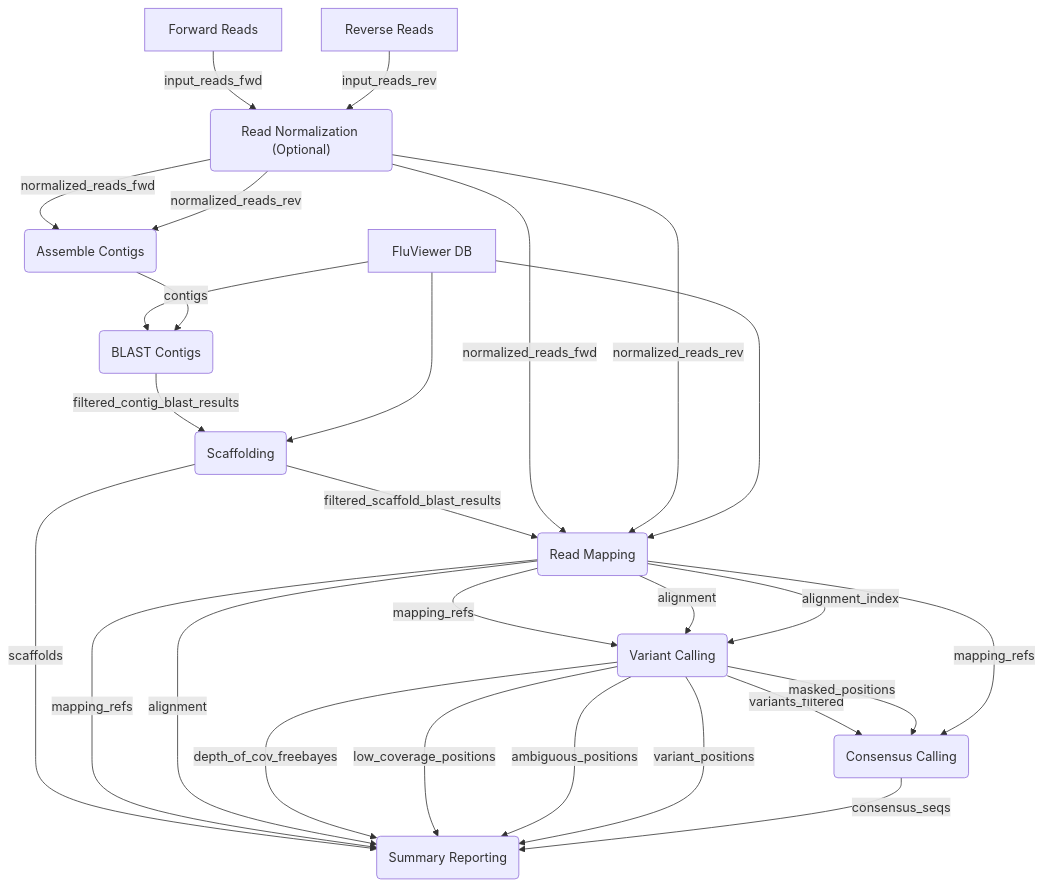
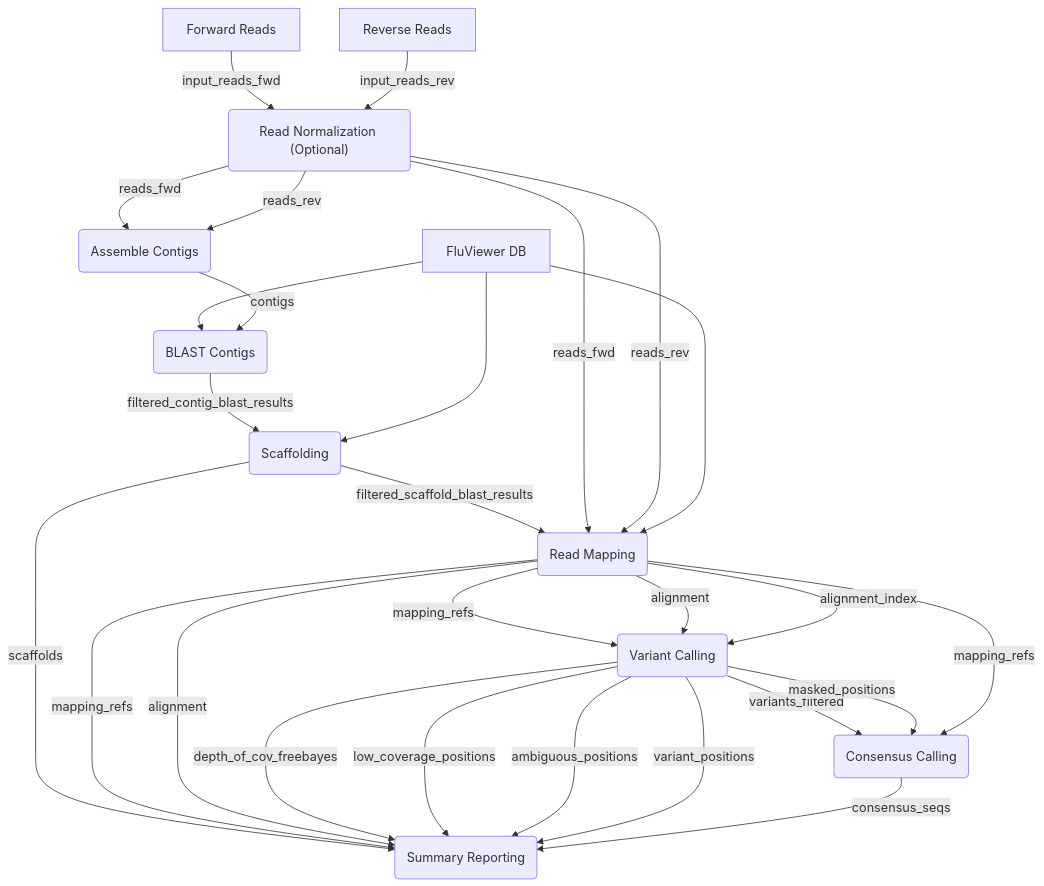
One commit to BCCDC-PHL/FluViewer changed the diagram in README.md. Above: the diagram before and after it, drawn with Mermaid.

Commit message:
update workflow diagram

````diff
--- a/README.md
+++ b/README.md
@@ -55,29 +55,29 @@
 ```mermaid
 flowchart TD
   forward_reads[Forward Reads] -- input_reads_fwd --> normalization("Read Normalization (Optional)")
   reverse_reads[Reverse Reads] -- input_reads_rev --> normalization
-  normalization -- normalized_reads_fwd --> assemble_contigs(Assemble Contigs)
-  normalization -- normalized_reads_rev --> assemble_contigs
+  normalization -- reads_fwd --> assemble_contigs(Assemble Contigs)
+  normalization -- reads_rev --> assemble_contigs
   fluviewer_db[FluViewer DB] --> blast_contigs(BLAST Contigs)
   assemble_contigs -- contigs --> blast_contigs
   blast_contigs -- filtered_contig_blast_results --> scaffolding(Scaffolding)
   fluviewer_db --> scaffolding
   scaffolding -- filtered_scaffold_blast_results --> read_mapping(Read Mapping)
-  normalization -- normalized_reads_fwd --> read_mapping
-  normalization -- normalized_reads_rev --> read_mapping
+  normalization -- reads_fwd --> read_mapping
+  normalization -- reads_rev --> read_mapping
   fluviewer_db --> read_mapping
   read_mapping -- mapping_refs --> variant_calling(Variant Calling)
   read_mapping -- alignment --> variant_calling
   read_mapping -- alignment_index --> variant_calling
   variant_calling -- variants_filtered --> consensus_calling(Consensus Calling)
   variant_calling -- masked_positions --> consensus_calling
   read_mapping -- mapping_refs --> consensus_calling
   scaffolding -- scaffolds --> reporting(Summary Reporting)
   read_mapping -- mapping_refs --> reporting
   read_mapping -- alignment --> reporting
   variant_calling -- depth_of_cov_freebayes --> reporting
   variant_calling -- low_coverage_positions --> reporting
   variant_calling -- ambiguous_positions --> reporting
   variant_calling -- variant_positions --> reporting
   consensus_calling -- consensus_seqs --> reporting
 ```
````
